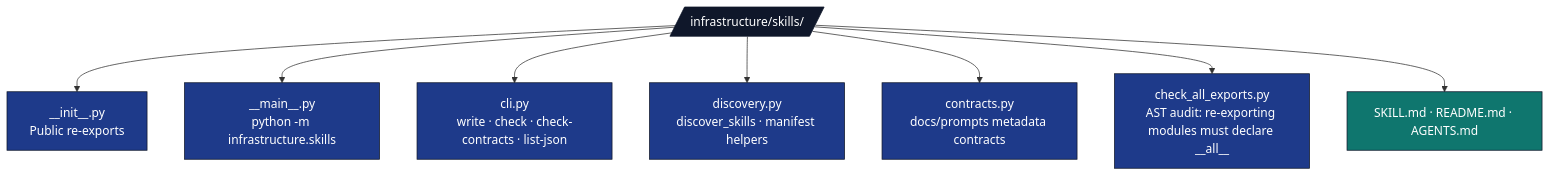
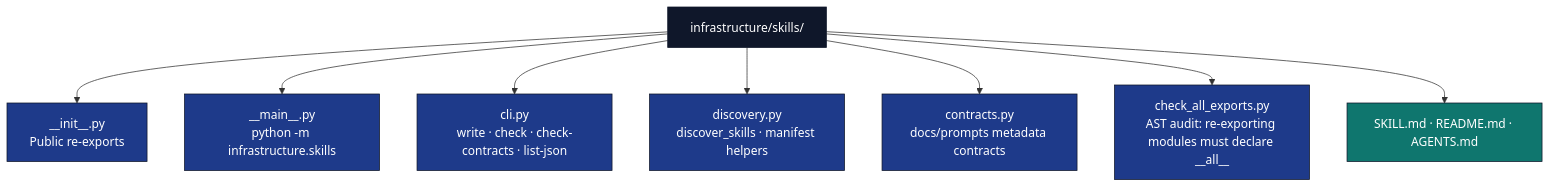
The diagram in infrastructure/skills/AGENTS.md (docxology/template), drawn with Mermaid before and after one commit. The commit also changed 94 other files, not shown here.

````diff
--- a/infrastructure/skills/AGENTS.md
+++ b/infrastructure/skills/AGENTS.md
@@ -9,18 +9,18 @@
 ```mermaid
 flowchart TB
-    SK[/infrastructure/skills//]
+    SK[infrastructure/skills/]
     SK --> INIT[__init__.py<br/>Public re-exports]
     SK --> MAIN[__main__.py<br/>python -m infrastructure.skills]
     SK --> CLI[cli.py<br/>write · check · check-contracts · list-json]
     SK --> DISC[discovery.py<br/>discover_skills · manifest helpers]
     SK --> CONTRACTS[contracts.py<br/>docs/prompts metadata contracts]
     SK --> CHK[check_all_exports.py<br/>AST audit: re-exporting modules must declare __all__]
     SK --> DOCS[SKILL.md · README.md · AGENTS.md]
 
     classDef d fill:#0f172a,stroke:#0f172a,color:#fff
     classDef code fill:#1e3a8a,stroke:#0f172a,color:#fff
     classDef doc fill:#0f766e,stroke:#0f172a,color:#fff
     class SK d
     class INIT,MAIN,CLI,DISC,CONTRACTS,CHK code
     class DOCS doc
 ```
````
